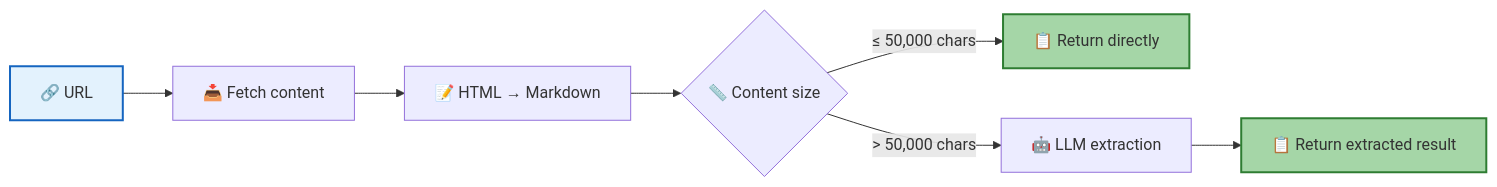
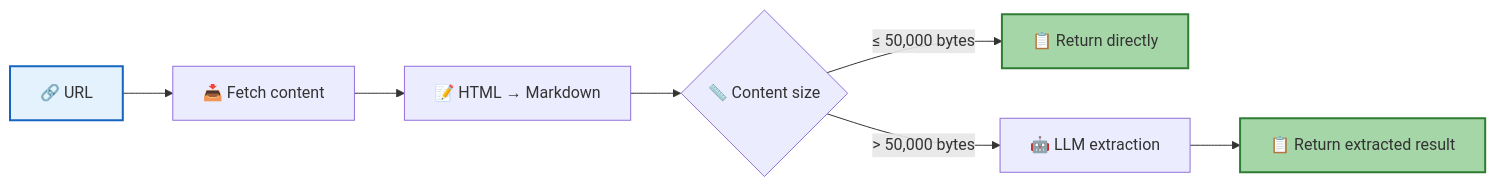
The seventh of 7 diagrams in src/content/docs/en/features/llm-tools.md (rtc-agent/docs), drawn with Mermaid before and after one commit. The commit also changed other lines of this file and 7 other files, not shown here.

````diff
--- a/src/content/docs/en/features/llm-tools.md
+++ b/src/content/docs/en/features/llm-tools.md
@@ -464,13 +464,13 @@
 ```mermaid
 flowchart LR
     A["🔗 URL"] --> B["📥 Fetch content"]
     B --> C["📝 HTML → Markdown"]
     C --> D{"📏 Content size"}
-    D -->|"≤ 50,000 chars"| E["📋 Return directly"]
-    D -->|"> 50,000 chars"| F["🤖 LLM extraction"]
+    D -->|"≤ 50,000 bytes"| E["📋 Return directly"]
+    D -->|"> 50,000 bytes"| F["🤖 LLM extraction"]
     F --> G["📋 Return extracted result"]
 
     style A fill:#e3f2fd,stroke:#1565c0,stroke-width:2px
     style E fill:#a5d6a7,stroke:#2e7d32,stroke-width:2px
     style G fill:#a5d6a7,stroke:#2e7d32,stroke-width:2px
 ```
````
